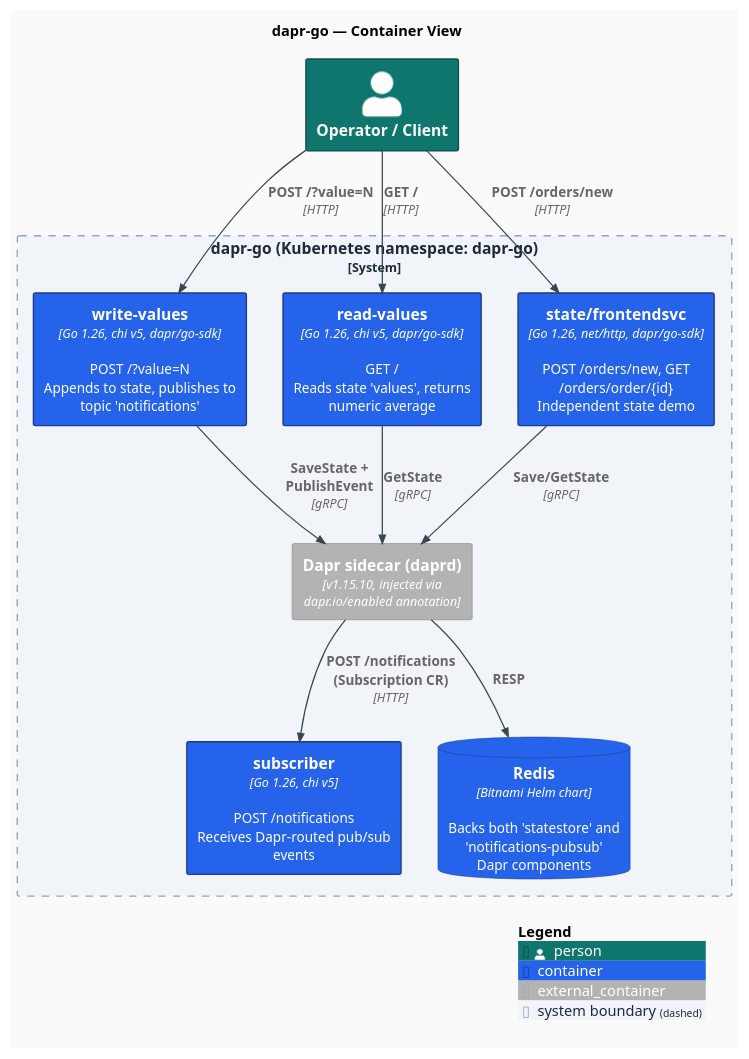
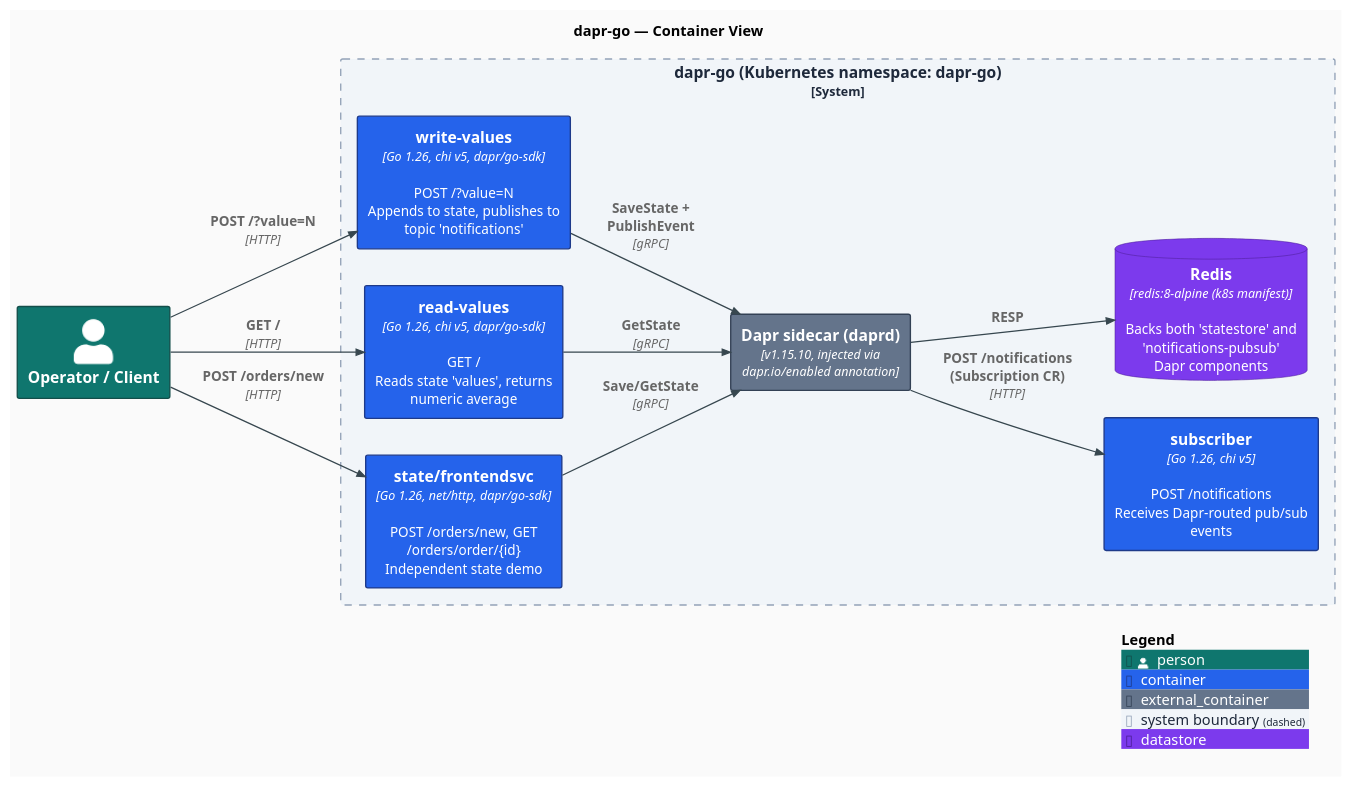
The diagram in docs/diagrams/c4-container.puml (AndriyKalashnykov/dapr-go), drawn with PlantUML before and after one commit. The commit also changed 37 other files, not shown here.

```diff
--- a/docs/diagrams/c4-container.puml
+++ b/docs/diagrams/c4-container.puml
@@ -1,44 +1,45 @@
 @startuml c4-container
 !include https://raw.githubusercontent.com/plantuml-stdlib/C4-PlantUML/v2.11.0/C4_Container.puml
+LAYOUT_LEFT_RIGHT()
 
 skinparam backgroundColor #FAFAFA
 skinparam shadowing false
 skinparam roundCorner 4
 skinparam defaultFontName "Inter, Helvetica, Arial, sans-serif"
 skinparam defaultFontSize 13
 skinparam ArrowColor #37474F
 skinparam ArrowThickness 1.2
 skinparam rectangleBorderThickness 1.3
 
 UpdateElementStyle("person",       $fontColor="#FFFFFF", $bgColor="#0F766E", $borderColor="#134E4A")
 UpdateElementStyle("container",    $fontColor="#FFFFFF", $bgColor="#2563EB", $borderColor="#1E3A8A")
-UpdateElementStyle("container_db", $fontColor="#FFFFFF", $bgColor="#7C3AED", $borderColor="#4C1D95")
-UpdateElementStyle("container_ext",$fontColor="#FFFFFF", $bgColor="#64748B", $borderColor="#334155")
+UpdateElementStyle("external_container", $fontColor="#FFFFFF", $bgColor="#64748B", $borderColor="#334155")
 UpdateBoundaryStyle($bgColor="#F1F5F9", $borderColor="#94A3B8", $fontColor="#1E293B")
+AddElementTag("datastore", $fontColor="#FFFFFF", $bgColor="#7C3AED", $borderColor="#4C1D95")
 
 title dapr-go — Container View
 
 Person(user, "Operator / Client")
 
 System_Boundary(dapr_go, "dapr-go (Kubernetes namespace: dapr-go)") {
   Container(write_values, "write-values", "Go 1.26, chi v5, dapr/go-sdk", "POST /?value=N\nAppends to state, publishes to topic 'notifications'")
   Container(read_values,  "read-values",  "Go 1.26, chi v5, dapr/go-sdk", "GET /\nReads state 'values', returns numeric average")
   Container(subscriber,   "subscriber",   "Go 1.26, chi v5",              "POST /notifications\nReceives Dapr-routed pub/sub events")
   Container(frontendsvc,  "state/frontendsvc", "Go 1.26, net/http, dapr/go-sdk", "POST /orders/new, GET /orders/order/{id}\nIndependent state demo")
 
   Container_Ext(dapr_sidecar, "Dapr sidecar (daprd)", "v1.15.10, injected via dapr.io/enabled annotation")
-  ContainerDb(redis, "Redis", "Bitnami Helm chart", "Backs both 'statestore' and 'notifications-pubsub'\nDapr components")
+  ContainerDb(redis, "Redis", "redis:8-alpine (k8s manifest)", "Backs both 'statestore' and 'notifications-pubsub'\nDapr components", $tags="datastore")
 }
 
 Rel(user, write_values, "POST /?value=N", "HTTP")
 Rel(user, read_values,  "GET /",          "HTTP")
 Rel(user, frontendsvc,  "POST /orders/new", "HTTP")
 
 Rel(write_values, dapr_sidecar, "SaveState + PublishEvent", "gRPC")
 Rel(read_values,  dapr_sidecar, "GetState",                 "gRPC")
 Rel(frontendsvc,  dapr_sidecar, "Save/GetState",            "gRPC")
 Rel(dapr_sidecar, subscriber,   "POST /notifications (Subscription CR)", "HTTP")
 Rel(dapr_sidecar, redis,        "RESP")
 
 SHOW_LEGEND()
 @enduml
```
